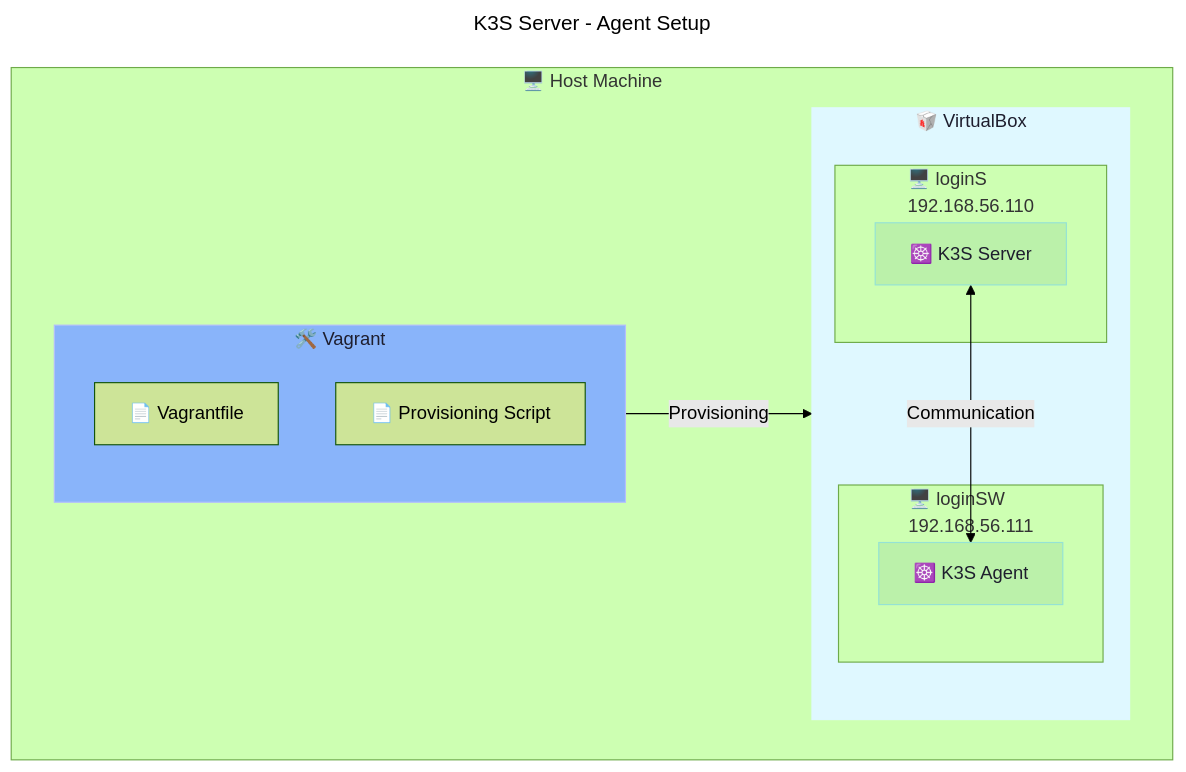
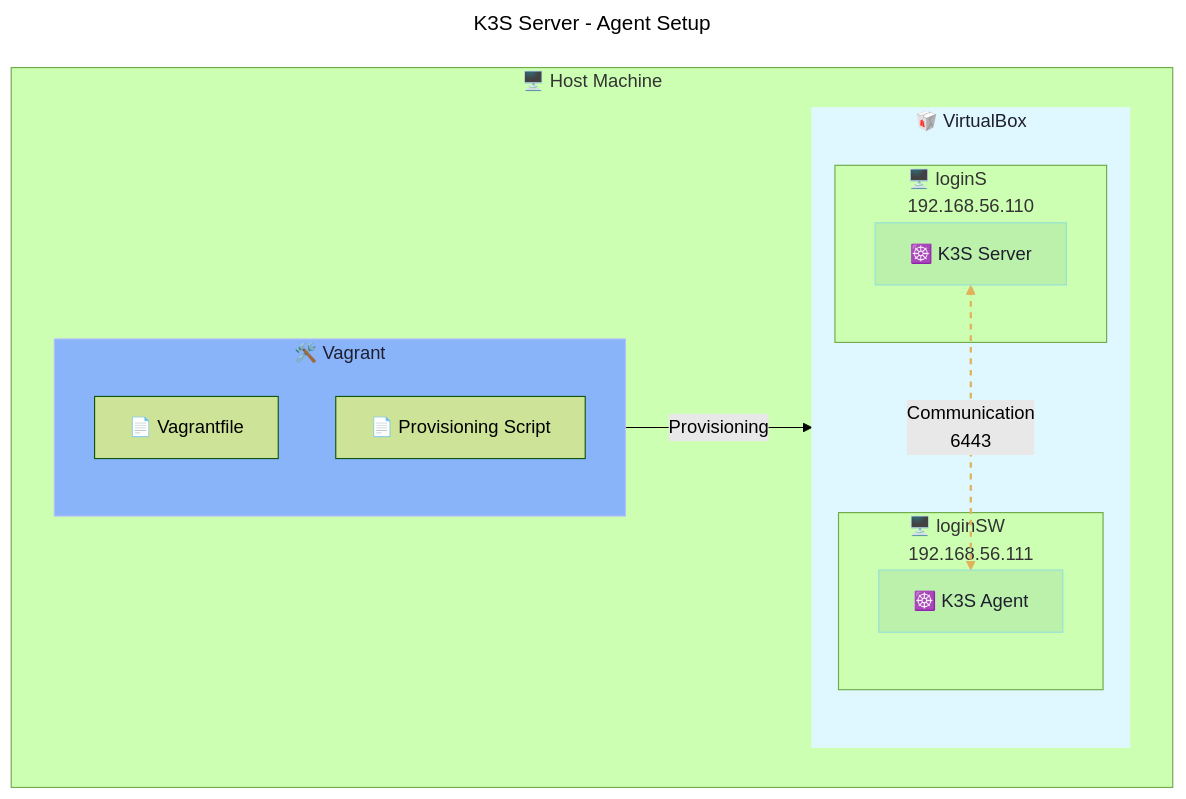
Before and after one commit to Tablerase/42_InceptionOfThings: the diagram in p1/README.md, drawn with Mermaid (forest theme). The commit also changed other lines of this file and 1 other file, not shown here.

Commit message:
doc: draft diagram

````diff
--- a/p1/README.md
+++ b/p1/README.md
@@ -10,40 +15,40 @@
 ```mermaid
 ---
 title: K3S Server - Agent Setup
 config:
   layout: dagre
 ---
 flowchart TD
   subgraph HostMachine["🖥️️️ Host Machine"]
     subgraph Vagrant["🛠️ Vagrant"]
       direction TB
       InvFile["📄 Vagrantfile"]
       PLY["📄 Provisioning Script"]
     end
 
     subgraph VirtualBox["🥡 VirtualBox"]
       subgraph VMServer["🖥️ loginS <br> 192.168.56.110"]
         K3S_Server["☸️ K3S Server"]
       end
       subgraph VMWorker["🖥️ loginSW <br> 192.168.56.111"]
         K3S_Agent["☸️ K3S Agent"]
       end
     end
 
     Vagrant -->|Provisioning| VirtualBox
-    K3S_Server <-->|Communication| K3S_Agent
+    K3S_Server k3sc@<-->|Communication<br>6443| K3S_Agent
   end
 
   classDef files fill: #fadc89ff,color: #616161ff,stroke: #b4befe
   classDef database fill: #7575bdff,color: #ffffffff,stroke: #45475a
   classDef web fill: #88e68dff,color: #575757ff,stroke: #45475a
   classDef vagrant fill: #89b4fa,color: #1e1e2e,stroke: #b4befe
   classDef kubern fill: #a6e3a17c,color: #1e1e2e,stroke: #94e2d5
   classDef vbox fill: #dff8ffff,color: #1e1e2e,stroke: #dff8ffff
-  classDef web-anim stroke-dasharray: 9,5, stroke-dashoffset: 900, stroke-width: 2, stroke: #489e5dff, animation: dash 25s linear infinite;
-  classDef ansible-anim stroke-dasharray: 5,5, stroke-dashoffset: 300, stroke-width: 2, stroke: #e0b25cff, animation: dash 25s linear infinite;
+  classDef kub-anim stroke-dasharray: 5,5, stroke-dashoffset: 300, stroke-width: 2, stroke: #e0b25cff, animation: dash 25s linear infinite;
 
+  class k3sc kub-anim
   class K3S_Server,K3S_Agent kubern
   class Vagrant vagrant
   class VirtualBox vbox
 ```
````
